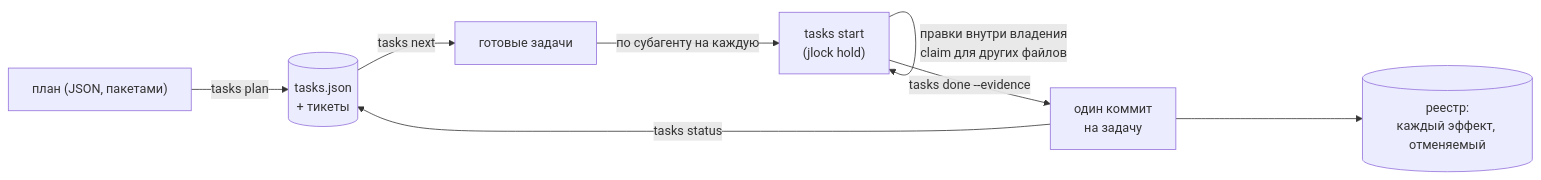
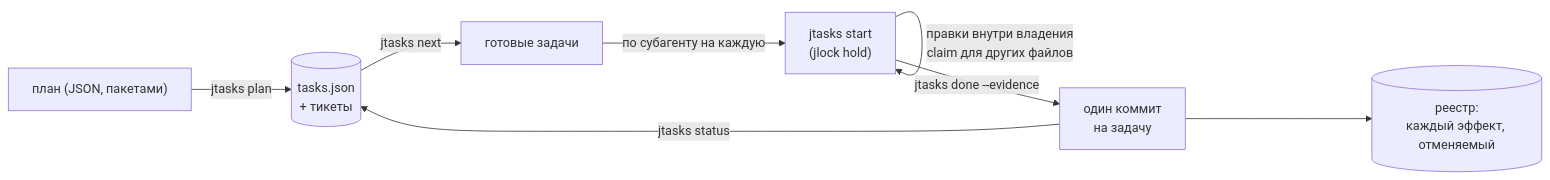
Before and after one commit to rodrigojager/jtasks: the diagram in README.ru.md, drawn with Mermaid. The commit also changed other lines of this file and 98 other files, not shown here.

````diff
--- a/README.ru.md
+++ b/README.ru.md
@@ -41,10 +41,10 @@
 ```mermaid
 flowchart LR
-  plan["план (JSON, пакетами)"] -->|tasks plan| list[("tasks.json\n+ тикеты")]
-  list -->|tasks next| ready["готовые задачи"]
-  ready -->|по субагенту на каждую| work["tasks start\n(jlock hold)"]
+  plan["план (JSON, пакетами)"] -->|jtasks plan| list[("tasks.json\n+ тикеты")]
+  list -->|jtasks next| ready["готовые задачи"]
+  ready -->|по субагенту на каждую| work["jtasks start\n(jlock hold)"]
   work -->|правки внутри владения\nclaim для других файлов| work
-  work -->|tasks done --evidence| commit["один коммит\nна задачу"]
+  work -->|jtasks done --evidence| commit["один коммит\nна задачу"]
   commit --> ledger[("реестр:\nкаждый эффект, отменяемый")]
-  commit -->|tasks status| list
+  commit -->|jtasks status| list
 ```
````
